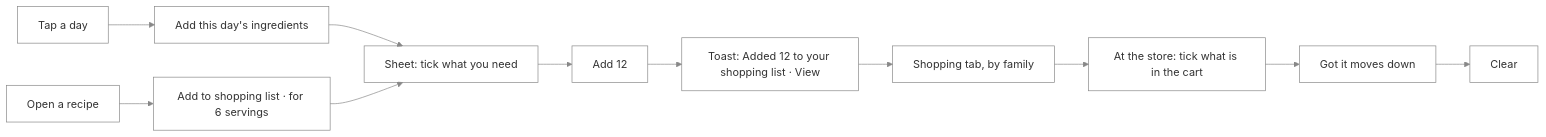
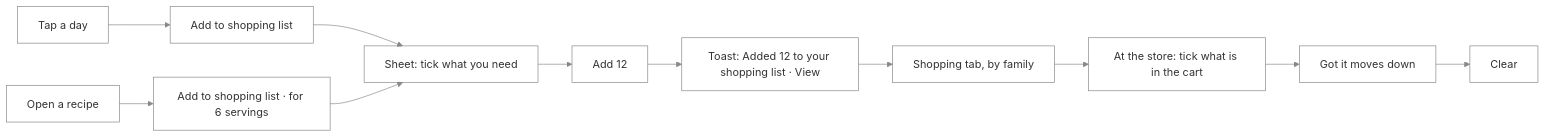
Diagram 32 of 36 in src/apps/pinch/UX.md (NovaMoonX/moondreams-dev-apps), drawn with Mermaid before and after one commit. The commit also changed other lines of this file and 2 other files, not shown here.

First line of the commit message:
Pinch: the day drawer's shopping row says Add to shopping list like the others

````diff
--- a/src/apps/pinch/UX.md
+++ b/src/apps/pinch/UX.md
@@ -986,8 +986,8 @@
 ```mermaid
 %%{init: {'theme': 'base', 'themeVariables': {'primaryColor': 'transparent', 'clusterBkg': 'transparent', 'primaryBorderColor': '#888888', 'clusterBorder': '#888888', 'lineColor': '#888888', 'primaryTextColor': '#333333'}}}%%
 flowchart LR
-    A[Tap a day] --> B["Add this day's ingredients"] --> C["Sheet: tick what you need"] --> D[Add 12]
+    A[Tap a day] --> B["Add to shopping list"] --> C["Sheet: tick what you need"] --> D[Add 12]
     D --> E["Toast: Added 12 to your shopping list · View"] --> F["Shopping tab, by family"]
     F --> G["At the store: tick what is in the cart"] --> H["Got it moves down"] --> I[Clear]
     A2[Open a recipe] --> B2["Add to shopping list · for 6 servings"] --> C
 ```
````
